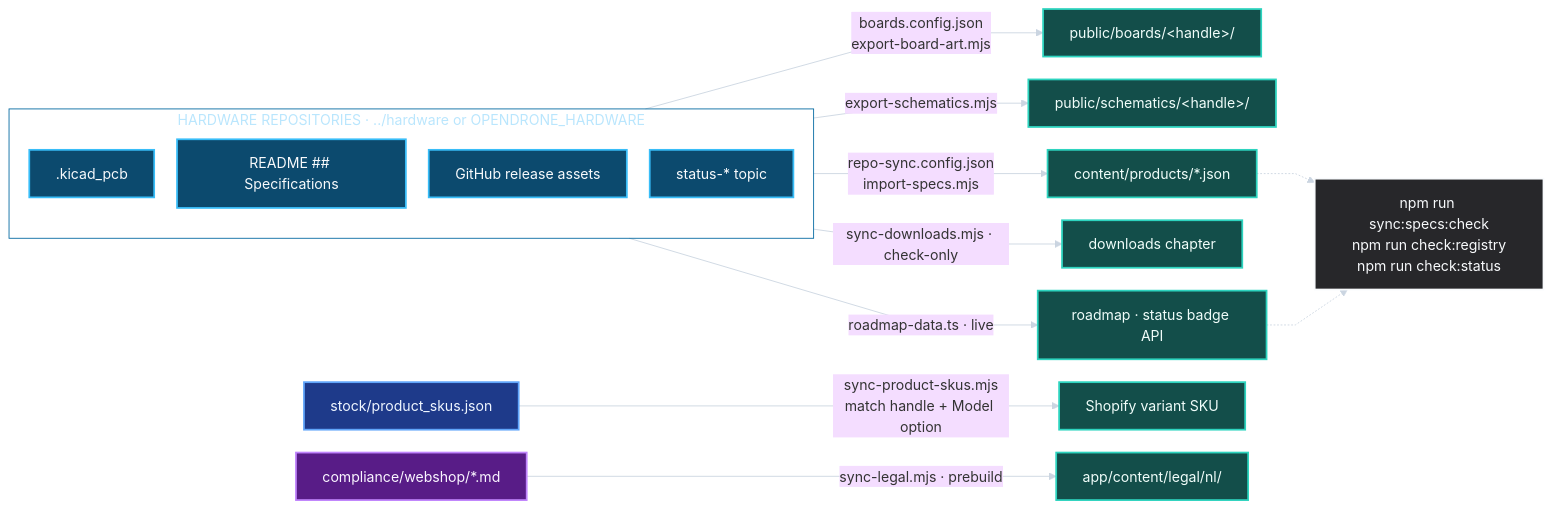
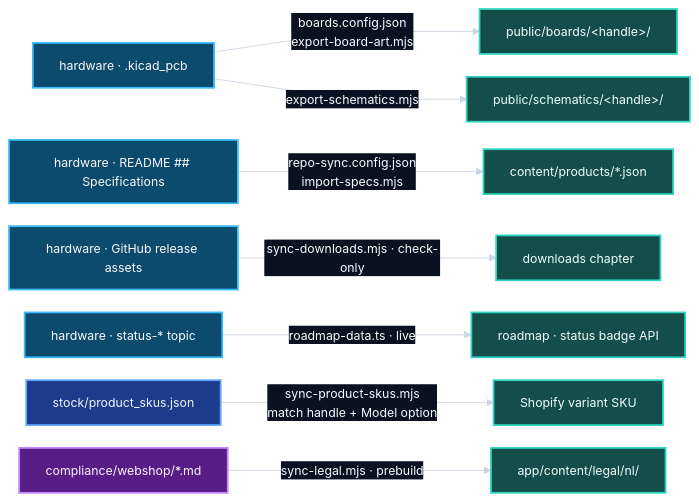
The fourth of 5 diagrams in OVERVIEW.md (OpenDrone-hw/OpenDrone-Web), drawn with Mermaid before and after one commit. The commit also changed other lines of this file, not shown here.

````diff
--- a/OVERVIEW.md
+++ b/OVERVIEW.md
@@ -154,38 +147,28 @@
 ```mermaid
-%%{init: {"theme": "base", "themeVariables": {"background": "#0b1120", "lineColor": "#cbd5e1", "fontFamily": "Inter, ui-sans-serif, system-ui"}, "flowchart": {"curve": "linear", "nodeSpacing": 26, "rankSpacing": 44}}}%%
+%%{init: {"theme": "base", "themeVariables": {"background": "#0b1120", "lineColor": "#cbd5e1", "primaryTextColor": "#f8fafc", "edgeLabelBackground": "#0b1120", "fontSize": "14px"}, "flowchart": {"curve": "linear", "nodeSpacing": 26, "rankSpacing": 60}}}%%
 flowchart LR
-    subgraph SOURCES["HARDWARE REPOSITORIES · ../hardware or OPENDRONE_HARDWARE"]
-        direction TB
-        S1[".kicad_pcb"]
-        S2["README ## Specifications"]
-        S3["GitHub release assets"]
-        S4["status-* topic"]
-    end
+    S1["hardware · .kicad_pcb"]
+    S2["hardware · README ## Specifications"]
+    S3["hardware · GitHub release assets"]
+    S4["hardware · status-* topic"]
+    SKU["stock/product_skus.json"]
+    LEG["compliance/webshop/*.md"]
 
     S1 -->|"boards.config.json<br/>export-board-art.mjs"| O1["public/boards/&lt;handle&gt;/"]
     S1 -->|"export-schematics.mjs"| O2["public/schematics/&lt;handle&gt;/"]
     S2 -->|"repo-sync.config.json<br/>import-specs.mjs"| O3["content/products/*.json"]
     S3 -->|"sync-downloads.mjs · check-only"| O4["downloads chapter"]
     S4 -->|"roadmap-data.ts · live"| O5["roadmap · status badge API"]
-
-    SKU["stock/product_skus.json"] -->|"sync-product-skus.mjs<br/>match handle + Model option"| O6["Shopify variant SKU"]
-    LEG["compliance/webshop/*.md"] -->|"sync-legal.mjs · prebuild"| O7["app/content/legal/nl/"]
-
-    CHK["npm run sync:specs:check<br/>npm run check:registry<br/>npm run check:status"]
-    O3 -.-> CHK
-    O5 -.-> CHK
+    SKU -->|"sync-product-skus.mjs<br/>match handle + Model option"| O6["Shopify variant SKU"]
+    LEG -->|"sync-legal.mjs · prebuild"| O7["app/content/legal/nl/"]
 
     classDef source fill:#0c4a6e,stroke:#38bdf8,color:#f8fafc,stroke-width:2px;
     classDef out fill:#134e4a,stroke:#2dd4bf,color:#f0fdfa,stroke-width:2px;
     classDef inv fill:#1e3a8a,stroke:#60a5fa,color:#eff6ff,stroke-width:2px;
     classDef evidence fill:#581c87,stroke:#c084fc,color:#faf5ff,stroke-width:2px;
-    classDef gate fill:#27272a,stroke:#f8fafc,color:#f8fafc,stroke-width:2px;
 
     class S1,S2,S3,S4 source;
     class O1,O2,O3,O4,O5,O6,O7 out;
     class SKU inv;
     class LEG evidence;
-    class CHK gate;
-
-    style SOURCES fill:transparent,stroke:#0369a1,color:#bae6fd;
 ```
````
